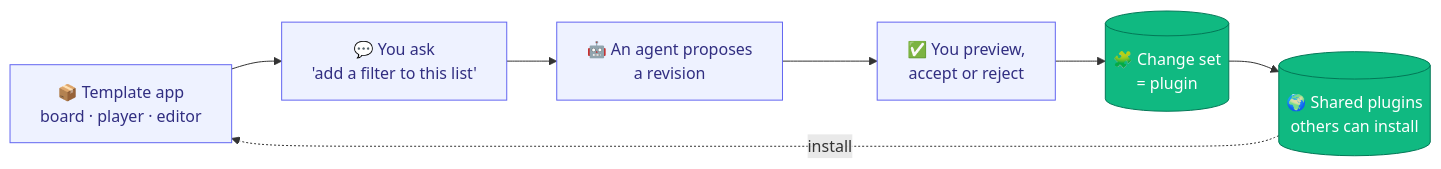
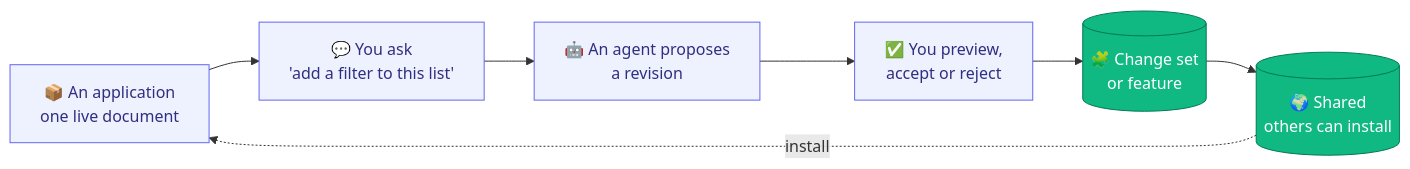
The third of 4 diagrams in README.md (RiccardoSottini/AffrescoUI), drawn with Mermaid before and after one commit. The commit also changed other lines of this file and 80 other files, not shown here.

````diff
--- a/README.md
+++ b/README.md
@@ -373,16 +408,16 @@
 ```mermaid
 flowchart LR
-    template["📦 Template app<br/>board · player · editor"]
+    app["📦 An application<br/>one live document"]
     ask["💬 You ask<br/>'add a filter to this list'"]
     propose["🤖 An agent proposes<br/>a revision"]
     approve["✅ You preview,<br/>accept or reject"]
-    plugin[("🧩 Change set<br/>= plugin")]
-    catalogue[("🌍 Shared plugins<br/>others can install")]
-    template --> ask --> propose --> approve --> plugin --> catalogue
-    catalogue -. "install" .-> template
+    plugin[("🧩 Change set<br/>or feature")]
+    catalogue[("🌍 Shared<br/>others can install")]
+    app --> ask --> propose --> approve --> plugin --> catalogue
+    catalogue -. "install" .-> app
 
     classDef step fill:#EEF2FF,stroke:#6366F1,color:#312E81
     classDef win fill:#10B981,stroke:#047857,color:#fff
-    class template,ask,propose,approve step
+    class app,ask,propose,approve step
     class plugin,catalogue win
 ```
````
